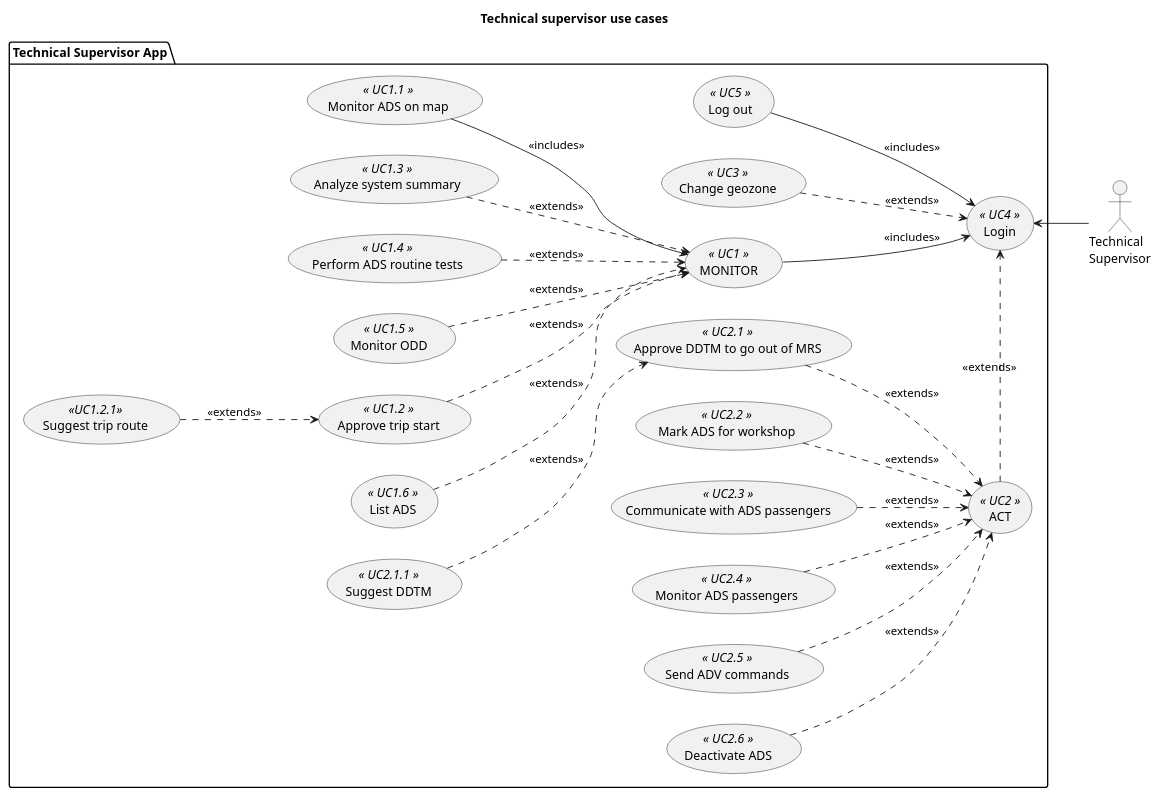
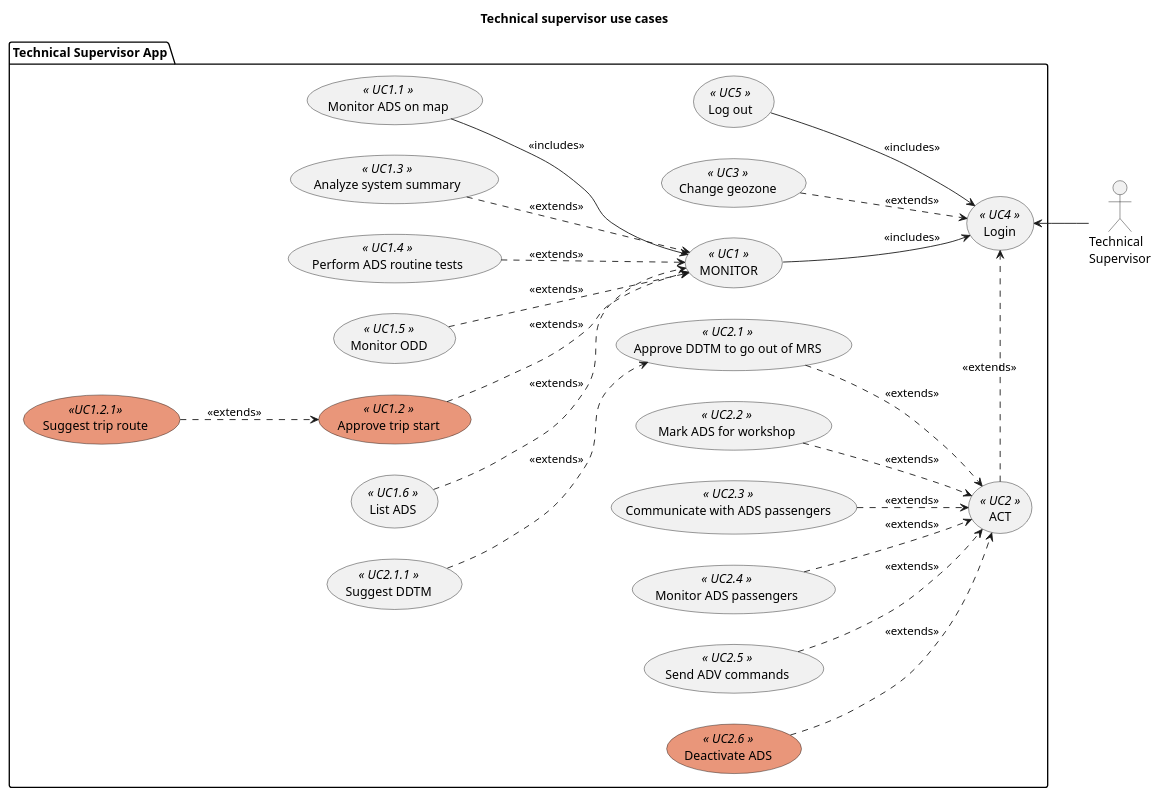
One commit to bruno-motorai/uml changed the diagram in technical_supervisor/use_cases.pu. Above: the diagram before and after it, drawn with PlantUML. The commit also changed 1 other file, not shown here.

```diff
--- a/technical_supervisor/use_cases.pu
+++ b/technical_supervisor/use_cases.pu
@@ -1,59 +1,59 @@
 @startuml ts_use_cases
 title Technical supervisor use cases
 
 left to right direction
 
 actor :Technical\nSupervisor: as TS1
 
 package "Technical Supervisor App" {
     usecase UC4 as (Login) <<  UC4  >>
     usecase UC5 as (Log out) <<  UC5  >>
     usecase UC1 as (MONITOR)<<  UC1  >>
     usecase UC2 as (ACT) <<  UC2  >>
     usecase UC3 as (Change geozone) <<  UC3  >>
 
     ' Supervise system
     usecase UC102 as (Monitor ADS on map) <<  UC1.1  >>
-    usecase UC100 as (Approve trip start) <<  UC1.2  >>
+    usecase UC100 as (Approve trip start) <<  UC1.2  >> #DarkSalmon
     usecase UC101 as (Analyze system summary) <<  UC1.3  >>
     usecase UC104 as (Perform ADS routine tests) <<  UC1.4  >>
     usecase UC105 as (Monitor ODD) <<  UC1.5  >>
-    usecase UC106 as (Suggest trip route) << UC1.2.1 >>
+    usecase UC106 as (Suggest trip route) << UC1.2.1 >> #DarkSalmon
     usecase UC107 as (List ADS) <<  UC1.6  >>
 
     ' Supervise ADS
     usecase UC201 as (Approve DDTM to go out of MRS) <<  UC2.1  >>
     usecase UC202 as (Suggest DDTM) <<  UC2.1.1  >>
     usecase UC203 as (Mark ADS for workshop) <<  UC2.2  >>
     usecase UC204 as (Communicate with ADS passengers) <<  UC2.3  >>
     usecase UC205 as (Monitor ADS passengers) <<  UC2.4  >>
     usecase UC206 as (Send ADV commands) <<  UC2.5  >>
-    usecase UC207 as (Deactivate ADS) <<  UC2.6  >>
+    usecase UC207 as (Deactivate ADS) <<  UC2.6  >> #DarkSalmon
 }
 
 ' User connections
 TS1 -up-> UC4
 UC2 -> UC4 #line.dashed : <<extends>> 
 UC1 --> UC4 : <<includes>> 
 UC3 --> UC4 #line.dashed : <<extends>> 
 UC5 --> UC4 : <<includes>>
 
 ' Supervise system
 UC100 --> UC1 #line.dashed : <<extends>>
 UC106 --> UC100 #line.dashed : <<extends>>
 UC101 --> UC1 #line.dashed : <<extends>>
 UC102 --> UC1 : <<includes>>
 UC104 --> UC1 #line.dashed : <<extends>>
 UC105 --> UC1 #line.dashed : <<extends>>
 UC107 --> UC1 #line.dashed : <<extends>>
 
 ' Supervise ADS
 UC201 --> UC2 #line.dashed : <<extends>>
 UC202 --> UC201 #line.dashed : <<extends>>
 UC203 --> UC2 #line.dashed : <<extends>>
 UC204 --> UC2 #line.dashed : <<extends>>
 UC205 --> UC2 #line.dashed : <<extends>>
 UC206 --> UC2 #line.dashed : <<extends>>
 UC207 --> UC2 #line.dashed : <<extends>>
 
 @enduml
```
